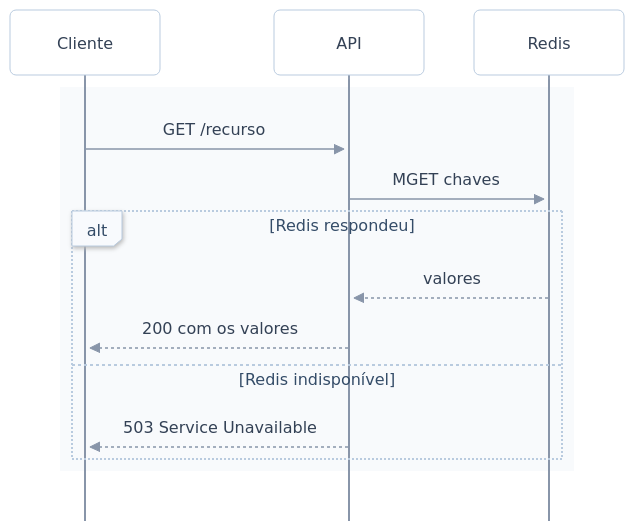
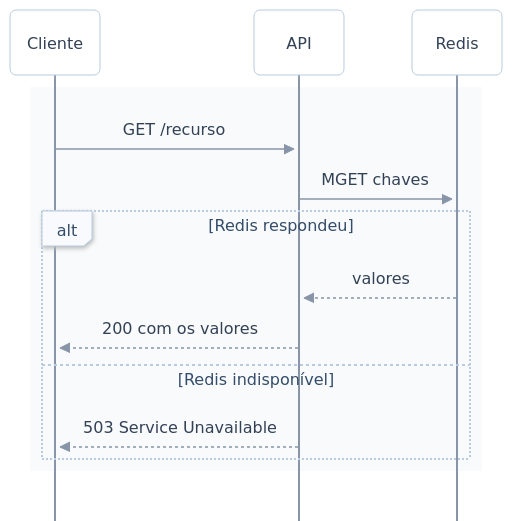
The diagram in .claude/skills/mermaid-design/modelos/sequencia.mmd (rlquilez/b3datetime), drawn with Mermaid before and after one commit. The commit also changed 8 other files, not shown here.

First line of the commit message:
test(docs): diagramas medidos na coluna real do GitHub (838 px na página inicial)

```diff
--- a/.claude/skills/mermaid-design/modelos/sequencia.mmd
+++ b/.claude/skills/mermaid-design/modelos/sequencia.mmd
@@ -1,46 +1,47 @@
 ---
 config:
   theme: base
   look: neo
   fontFamily: "Inter, -apple-system, BlinkMacSystemFont, Segoe UI, Noto Sans, Helvetica, Arial, sans-serif"
   themeCSS: ".messageText, .loopText, .loopText tspan, .sectionTitle, .sectionTitle tspan { paint-order: stroke; stroke: #F8FAFC; stroke-width: 12px; stroke-linejoin: round; }"
   themeVariables:
     fontFamily: "Inter, -apple-system, BlinkMacSystemFont, Segoe UI, Noto Sans, Helvetica, Arial, sans-serif"
     fontSize: 15px
     actorBkg: "#FFFFFF"
     actorBorder: "#B9CBDF"
     actorTextColor: "#334155"
     actorLineColor: "#8895A9"
     signalColor: "#8895A9"
     signalTextColor: "#334155"
     labelBoxBkgColor: "#F8FAFD"
     labelBoxBorderColor: "#B9CBDF"
     labelTextColor: "#344C68"
     loopTextColor: "#344C68"
     noteBkgColor: "#FFFAF4"
     noteBorderColor: "#E6CEB1"
     noteTextColor: "#8B623C"
     activationBkgColor: "#E8F7F2"
     activationBorderColor: "#0F9F87"
   sequence:
     mirrorActors: false
-    actorMargin: 50
+    width: 90
+    actorMargin: 30
     boxMargin: 12
     messageMargin: 42
     noteMargin: 12
     diagramMarginX: 24
 ---
 sequenceDiagram
     participant C as Cliente
     participant A as API
     participant R as Redis
     rect rgb(248, 250, 252)
     C->>A: GET /recurso
     A->>R: MGET chaves
     alt Redis respondeu
         R-->>A: valores
         A-->>C: 200 com os valores
     else Redis indisponível
         A-->>C: 503 Service Unavailable
     end
     end
```
